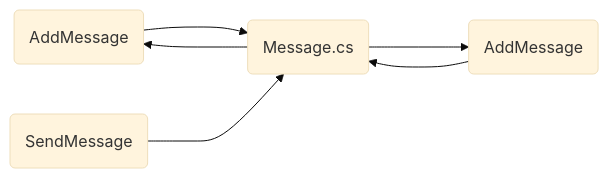
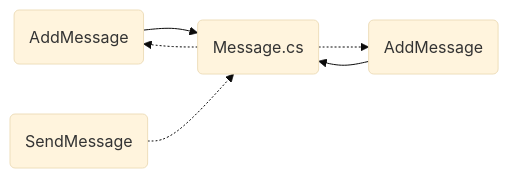
Before and after one commit to ijh00116/Code-Portfolio_1: the first of 2 diagrams in README.md, drawn with Mermaid (base theme).

````diff
--- a/README.md
+++ b/README.md
@@ -41,8 +41,8 @@
 ```mermaid
 graph LR
 A(AddMessage)-->B(Message.cs)
 C(AddMessage)-->B
-D(SendMessage)--->B
-B--->C
-B--->A
+D(SendMessage)-.->B
+B-.->C
+B-.->A
 ```
````
